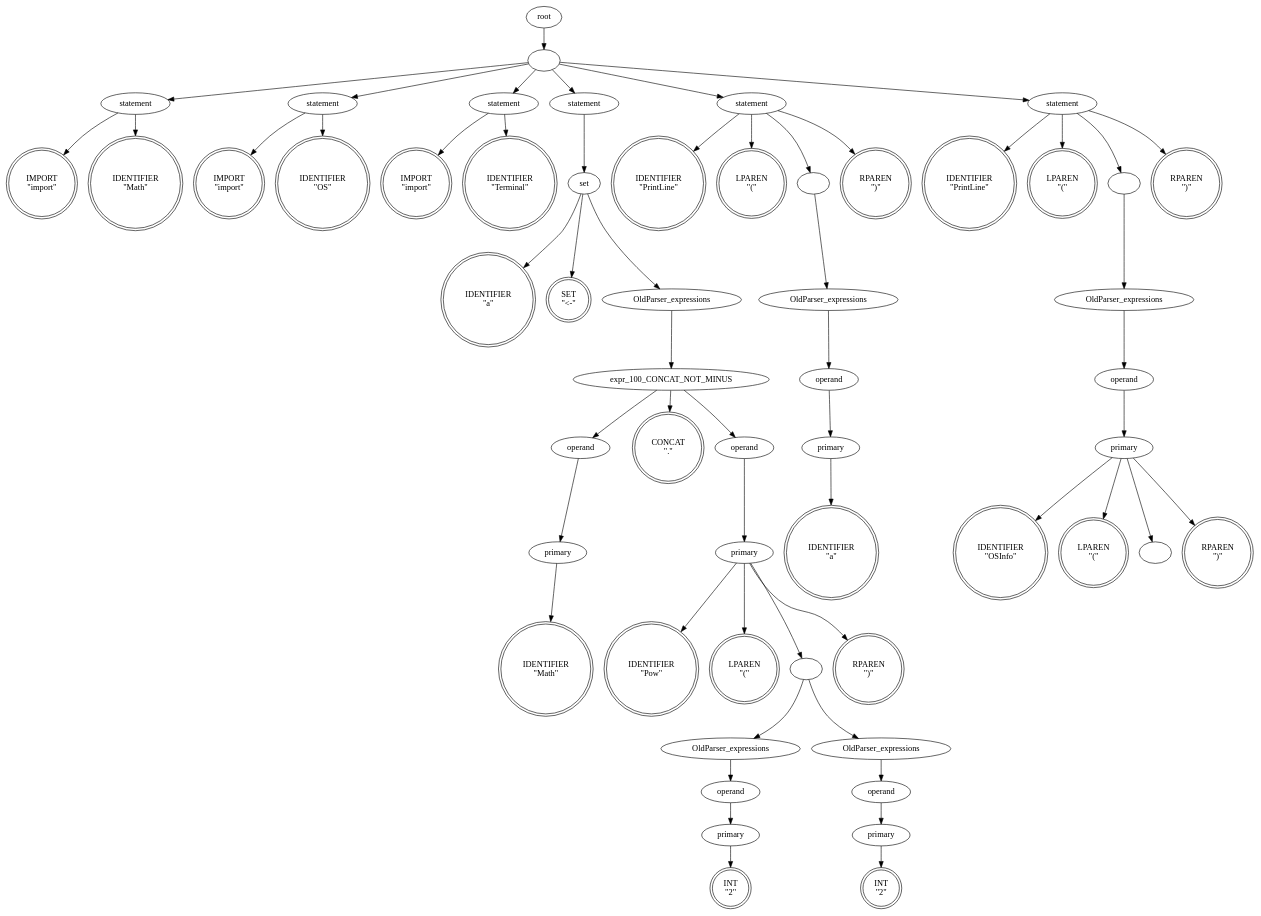
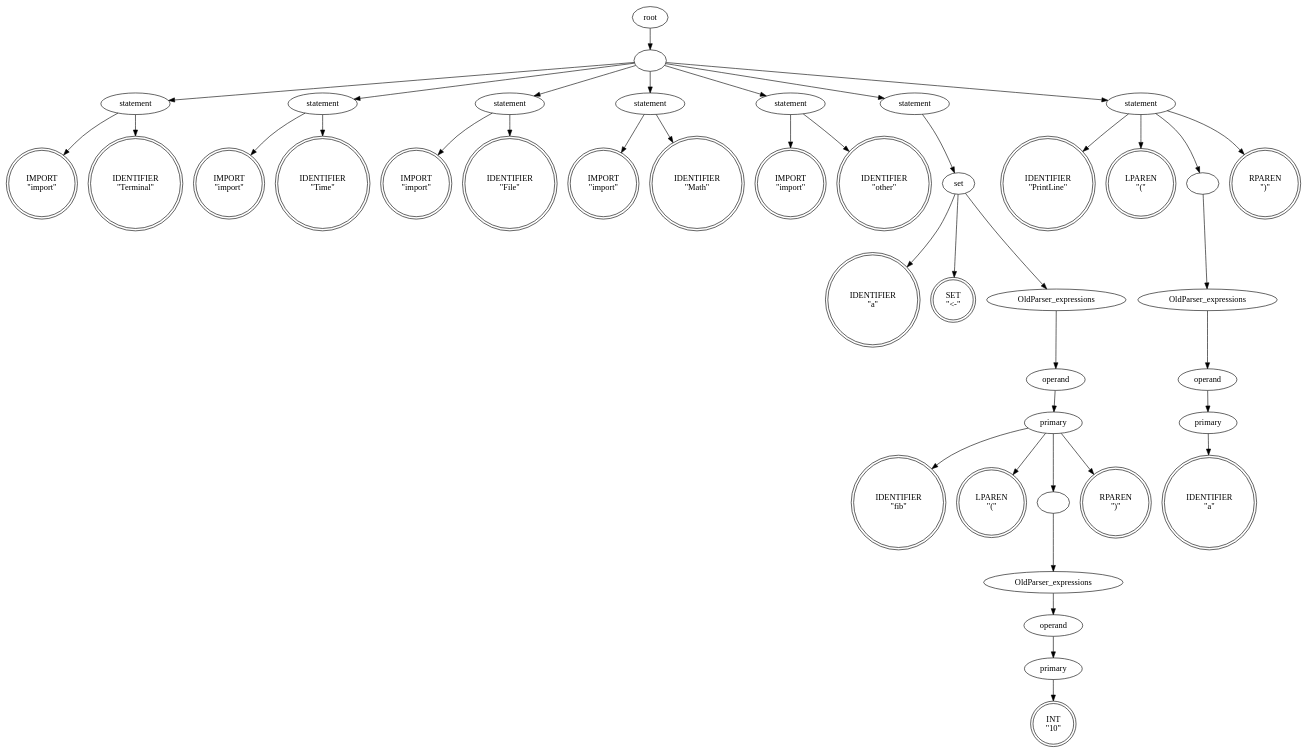
The diagram in Old8Lang/Ex/tree_By_init.dot (lijiajunply/Old8Lang), drawn with Graphviz before and after one commit. The commit also changed 16 other files, not shown here.

```diff
--- a/Old8Lang/Ex/tree_By_init.dot
+++ b/Old8Lang/Ex/tree_By_init.dot
@@ -1,169 +1,124 @@
 digraph syntaxtree {
 0 [  label="IMPORT
 \"import\"" shape=doublecircle height=0.50]
 1 [  label="IDENTIFIER
-\"Math\"" shape=doublecircle height=0.50]
+\"Terminal\"" shape=doublecircle height=0.50]
 2 [  label="statement" shape=ellipse fontcolor=black height=0.50]
 2 [  label="statement" shape=ellipse fontcolor=black height=0.50]
 3 [  label="IMPORT
 \"import\"" shape=doublecircle height=0.50]
 4 [  label="IDENTIFIER
-\"OS\"" shape=doublecircle height=0.50]
+\"Time\"" shape=doublecircle height=0.50]
 5 [  label="statement" shape=ellipse fontcolor=black height=0.50]
 5 [  label="statement" shape=ellipse fontcolor=black height=0.50]
 6 [  label="IMPORT
 \"import\"" shape=doublecircle height=0.50]
 7 [  label="IDENTIFIER
-\"Terminal\"" shape=doublecircle height=0.50]
+\"File\"" shape=doublecircle height=0.50]
 8 [  label="statement" shape=ellipse fontcolor=black height=0.50]
 8 [  label="statement" shape=ellipse fontcolor=black height=0.50]
-9 [  label="IDENTIFIER
+9 [  label="IMPORT
+\"import\"" shape=doublecircle height=0.50]
+10 [  label="IDENTIFIER
+\"Math\"" shape=doublecircle height=0.50]
+11 [  label="statement" shape=ellipse fontcolor=black height=0.50]
+11 [  label="statement" shape=ellipse fontcolor=black height=0.50]
+12 [  label="IMPORT
+\"import\"" shape=doublecircle height=0.50]
+13 [  label="IDENTIFIER
+\"other\"" shape=doublecircle height=0.50]
+14 [  label="statement" shape=ellipse fontcolor=black height=0.50]
+14 [  label="statement" shape=ellipse fontcolor=black height=0.50]
+15 [  label="IDENTIFIER
 \"a\"" shape=doublecircle height=0.50]
-10 [  label="SET
+16 [  label="SET
 \"<-\"" shape=doublecircle height=0.50]
-11 [  label="IDENTIFIER
-\"Math\"" shape=doublecircle height=0.50]
-12 [  label="primary" shape=ellipse fontcolor=black height=0.50]
-12 [  label="primary" shape=ellipse fontcolor=black height=0.50]
-13 [  label="operand" shape=ellipse fontcolor=black height=0.50]
-13 [  label="operand" shape=ellipse fontcolor=black height=0.50]
-14 [  label="CONCAT
-\".\"" shape=doublecircle height=0.50]
-15 [  label="IDENTIFIER
-\"Pow\"" shape=doublecircle height=0.50]
-16 [  label="LPAREN
+17 [  label="IDENTIFIER
+\"fib\"" shape=doublecircle height=0.50]
+18 [  label="LPAREN
 \"(\"" shape=doublecircle height=0.50]
-17 [  label="INT
-\"2\"" shape=doublecircle height=0.50]
-18 [  label="primary" shape=ellipse fontcolor=black height=0.50]
-18 [  label="primary" shape=ellipse fontcolor=black height=0.50]
-19 [  label="operand" shape=ellipse fontcolor=black height=0.50]
-19 [  label="operand" shape=ellipse fontcolor=black height=0.50]
-20 [  label="OldParser_expressions" shape=ellipse fontcolor=black height=0.50]
-20 [  label="OldParser_expressions" shape=ellipse fontcolor=black height=0.50]
-21 [  label="INT
-\"2\"" shape=doublecircle height=0.50]
-22 [  label="primary" shape=ellipse fontcolor=black height=0.50]
-22 [  label="primary" shape=ellipse fontcolor=black height=0.50]
-23 [  label="operand" shape=ellipse fontcolor=black height=0.50]
-23 [  label="operand" shape=ellipse fontcolor=black height=0.50]
-24 [  label="OldParser_expressions" shape=ellipse fontcolor=black height=0.50]
-24 [  label="OldParser_expressions" shape=ellipse fontcolor=black height=0.50]
-25 [  label="" shape=ellipse fontcolor=black height=0.50]
-25 [  label="" shape=ellipse fontcolor=black height=0.50]
-26 [  label="RPAREN
+19 [  label="INT
+\"10\"" shape=doublecircle height=0.50]
+20 [  label="primary" shape=ellipse fontcolor=black height=0.50]
+20 [  label="primary" shape=ellipse fontcolor=black height=0.50]
+21 [  label="operand" shape=ellipse fontcolor=black height=0.50]
+21 [  label="operand" shape=ellipse fontcolor=black height=0.50]
+22 [  label="OldParser_expressions" shape=ellipse fontcolor=black height=0.50]
+22 [  label="OldParser_expressions" shape=ellipse fontcolor=black height=0.50]
+23 [  label="" shape=ellipse fontcolor=black height=0.50]
+23 [  label="" shape=ellipse fontcolor=black height=0.50]
+24 [  label="RPAREN
 \")\"" shape=doublecircle height=0.50]
-27 [  label="primary" shape=ellipse fontcolor=black height=0.50]
-27 [  label="primary" shape=ellipse fontcolor=black height=0.50]
-28 [  label="operand" shape=ellipse fontcolor=black height=0.50]
-28 [  label="operand" shape=ellipse fontcolor=black height=0.50]
-29 [  label="expr_100_CONCAT_NOT_MINUS" shape=ellipse fontcolor=black height=0.50]
-29 [  label="expr_100_CONCAT_NOT_MINUS" shape=ellipse fontcolor=black height=0.50]
-30 [  label="OldParser_expressions" shape=ellipse fontcolor=black height=0.50]
-30 [  label="OldParser_expressions" shape=ellipse fontcolor=black height=0.50]
-31 [  label="set" shape=ellipse fontcolor=black height=0.50]
-31 [  label="set" shape=ellipse fontcolor=black height=0.50]
-32 [  label="statement" shape=ellipse fontcolor=black height=0.50]
-32 [  label="statement" shape=ellipse fontcolor=black height=0.50]
-33 [  label="IDENTIFIER
+25 [  label="primary" shape=ellipse fontcolor=black height=0.50]
+25 [  label="primary" shape=ellipse fontcolor=black height=0.50]
+26 [  label="operand" shape=ellipse fontcolor=black height=0.50]
+26 [  label="operand" shape=ellipse fontcolor=black height=0.50]
+27 [  label="OldParser_expressions" shape=ellipse fontcolor=black height=0.50]
+27 [  label="OldParser_expressions" shape=ellipse fontcolor=black height=0.50]
+28 [  label="set" shape=ellipse fontcolor=black height=0.50]
+28 [  label="set" shape=ellipse fontcolor=black height=0.50]
+29 [  label="statement" shape=ellipse fontcolor=black height=0.50]
+29 [  label="statement" shape=ellipse fontcolor=black height=0.50]
+30 [  label="IDENTIFIER
 \"PrintLine\"" shape=doublecircle height=0.50]
-34 [  label="LPAREN
+31 [  label="LPAREN
 \"(\"" shape=doublecircle height=0.50]
-35 [  label="IDENTIFIER
+32 [  label="IDENTIFIER
 \"a\"" shape=doublecircle height=0.50]
-36 [  label="primary" shape=ellipse fontcolor=black height=0.50]
-36 [  label="primary" shape=ellipse fontcolor=black height=0.50]
-37 [  label="operand" shape=ellipse fontcolor=black height=0.50]
-37 [  label="operand" shape=ellipse fontcolor=black height=0.50]
-38 [  label="OldParser_expressions" shape=ellipse fontcolor=black height=0.50]
-38 [  label="OldParser_expressions" shape=ellipse fontcolor=black height=0.50]
+33 [  label="primary" shape=ellipse fontcolor=black height=0.50]
+33 [  label="primary" shape=ellipse fontcolor=black height=0.50]
+34 [  label="operand" shape=ellipse fontcolor=black height=0.50]
+34 [  label="operand" shape=ellipse fontcolor=black height=0.50]
+35 [  label="OldParser_expressions" shape=ellipse fontcolor=black height=0.50]
+35 [  label="OldParser_expressions" shape=ellipse fontcolor=black height=0.50]
+36 [  label="" shape=ellipse fontcolor=black height=0.50]
+36 [  label="" shape=ellipse fontcolor=black height=0.50]
+37 [  label="RPAREN
+\")\"" shape=doublecircle height=0.50]
+38 [  label="statement" shape=ellipse fontcolor=black height=0.50]
+38 [  label="statement" shape=ellipse fontcolor=black height=0.50]
 39 [  label="" shape=ellipse fontcolor=black height=0.50]
 39 [  label="" shape=ellipse fontcolor=black height=0.50]
-40 [  label="RPAREN
-\")\"" shape=doublecircle height=0.50]
-41 [  label="statement" shape=ellipse fontcolor=black height=0.50]
-41 [  label="statement" shape=ellipse fontcolor=black height=0.50]
-42 [  label="IDENTIFIER
-\"PrintLine\"" shape=doublecircle height=0.50]
-43 [  label="LPAREN
-\"(\"" shape=doublecircle height=0.50]
-44 [  label="IDENTIFIER
-\"OSInfo\"" shape=doublecircle height=0.50]
-45 [  label="LPAREN
-\"(\"" shape=doublecircle height=0.50]
-46 [  label="" shape=ellipse fontcolor=black height=0.50]
-46 [  label="" shape=ellipse fontcolor=black height=0.50]
-47 [  label="RPAREN
-\")\"" shape=doublecircle height=0.50]
-48 [  label="primary" shape=ellipse fontcolor=black height=0.50]
-48 [  label="primary" shape=ellipse fontcolor=black height=0.50]
-49 [  label="operand" shape=ellipse fontcolor=black height=0.50]
-49 [  label="operand" shape=ellipse fontcolor=black height=0.50]
-50 [  label="OldParser_expressions" shape=ellipse fontcolor=black height=0.50]
-50 [  label="OldParser_expressions" shape=ellipse fontcolor=black height=0.50]
-51 [  label="" shape=ellipse fontcolor=black height=0.50]
-51 [  label="" shape=ellipse fontcolor=black height=0.50]
-52 [  label="RPAREN
-\")\"" shape=doublecircle height=0.50]
-53 [  label="statement" shape=ellipse fontcolor=black height=0.50]
-53 [  label="statement" shape=ellipse fontcolor=black height=0.50]
-54 [  label="" shape=ellipse fontcolor=black height=0.50]
-54 [  label="" shape=ellipse fontcolor=black height=0.50]
-55 [  label="root" shape=ellipse fontcolor=black height=0.50]
-55 [  label="root" shape=ellipse fontcolor=black height=0.50]
+40 [  label="root" shape=ellipse fontcolor=black height=0.50]
+40 [  label="root" shape=ellipse fontcolor=black height=0.50]
 2->0 [  arrowshape=none];
 2->1 [  arrowshape=none];
 5->3 [  arrowshape=none];
 5->4 [  arrowshape=none];
 8->6 [  arrowshape=none];
 8->7 [  arrowshape=none];
-12->11 [  arrowshape=none];
-13->12 [  arrowshape=none];
-18->17 [  arrowshape=none];
-19->18 [  arrowshape=none];
+11->9 [  arrowshape=none];
+11->10 [  arrowshape=none];
+14->12 [  arrowshape=none];
+14->13 [  arrowshape=none];
 20->19 [  arrowshape=none];
+21->20 [  arrowshape=none];
 22->21 [  arrowshape=none];
 23->22 [  arrowshape=none];
-24->23 [  arrowshape=none];
-25->20 [  arrowshape=none];
+25->17 [  arrowshape=none];
+25->18 [  arrowshape=none];
+25->23 [  arrowshape=none];
 25->24 [  arrowshape=none];
-27->15 [  arrowshape=none];
-27->16 [  arrowshape=none];
-27->25 [  arrowshape=none];
+26->25 [  arrowshape=none];
 27->26 [  arrowshape=none];
+28->15 [  arrowshape=none];
+28->16 [  arrowshape=none];
 28->27 [  arrowshape=none];
-29->13 [  arrowshape=none];
-29->14 [  arrowshape=none];
 29->28 [  arrowshape=none];
-30->29 [  arrowshape=none];
-31->9 [  arrowshape=none];
-31->10 [  arrowshape=none];
-31->30 [  arrowshape=none];
-32->31 [  arrowshape=none];
+33->32 [  arrowshape=none];
+34->33 [  arrowshape=none];
+35->34 [  arrowshape=none];
 36->35 [  arrowshape=none];
-37->36 [  arrowshape=none];
+38->30 [  arrowshape=none];
+38->31 [  arrowshape=none];
+38->36 [  arrowshape=none];
 38->37 [  arrowshape=none];
+39->2 [  arrowshape=none];
+39->5 [  arrowshape=none];
+39->8 [  arrowshape=none];
+39->11 [  arrowshape=none];
+39->14 [  arrowshape=none];
+39->29 [  arrowshape=none];
 39->38 [  arrowshape=none];
-41->33 [  arrowshape=none];
-41->34 [  arrowshape=none];
-41->39 [  arrowshape=none];
-41->40 [  arrowshape=none];
-48->44 [  arrowshape=none];
-48->45 [  arrowshape=none];
-48->46 [  arrowshape=none];
-48->47 [  arrowshape=none];
-49->48 [  arrowshape=none];
-50->49 [  arrowshape=none];
-51->50 [  arrowshape=none];
-53->42 [  arrowshape=none];
-53->43 [  arrowshape=none];
-53->51 [  arrowshape=none];
-53->52 [  arrowshape=none];
-54->2 [  arrowshape=none];
-54->5 [  arrowshape=none];
-54->8 [  arrowshape=none];
-54->32 [  arrowshape=none];
-54->41 [  arrowshape=none];
-54->53 [  arrowshape=none];
-55->54 [  arrowshape=none];
+40->39 [  arrowshape=none];
 }
```
